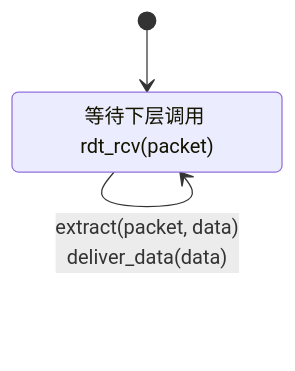
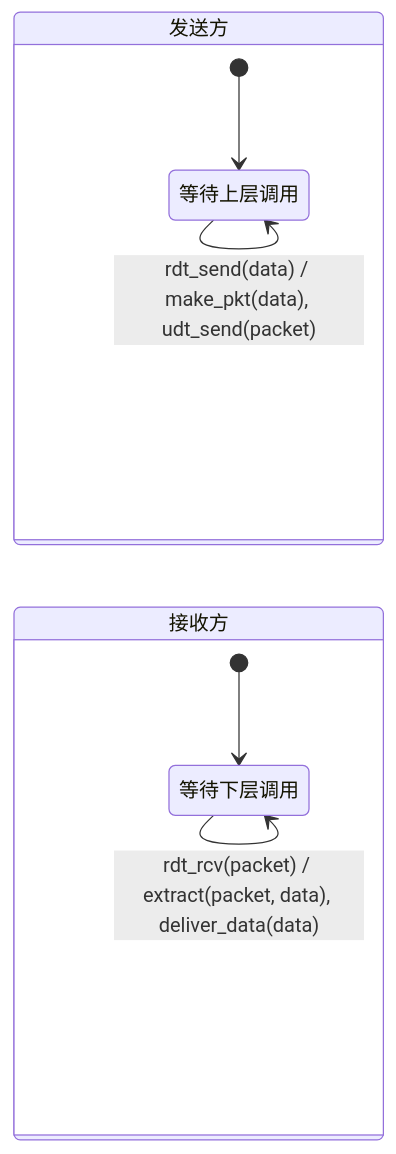
Before and after one commit to Meer-Matze/Meer-Matze.github.io: the eighth of 28 diagrams in src/content/posts/运输层.md, drawn with Mermaid. The commit also changed other lines of this file and 1 other file, not shown here.

````diff
--- a/src/content/posts/运输层.md
+++ b/src/content/posts/运输层.md
@@ -473,7 +342,14 @@
 ```mermaid
 stateDiagram-v2
-    direction TB
-    [*] --> WaitRcv
-    WaitRcv: 等待下层调用 rdt_rcv(packet)
-    WaitRcv --> WaitRcv: extract(packet, data)<br/>deliver_data(data)
+    direction LR
+    state "发送方" as Snd {
+        [*] --> WaitCall
+        WaitCall: 等待上层调用
+        WaitCall --> WaitCall: rdt_send(data) / make_pkt(data), udt_send(packet)
+    }
+    state "接收方" as Rcv {
+        [*] --> WaitRcv
+        WaitRcv: 等待下层调用
+        WaitRcv --> WaitRcv: rdt_rcv(packet) / extract(packet, data), deliver_data(data)
+    }
 ```
````
